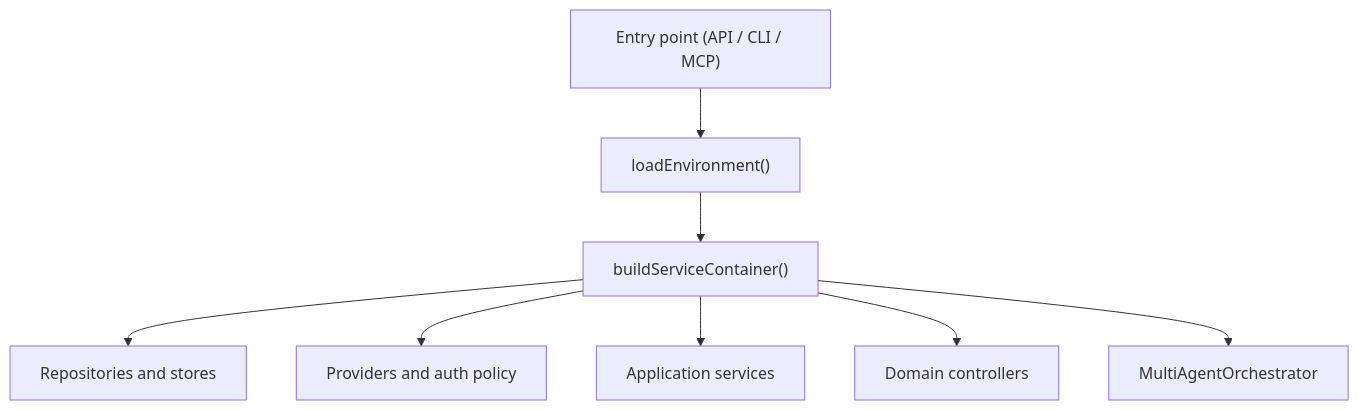
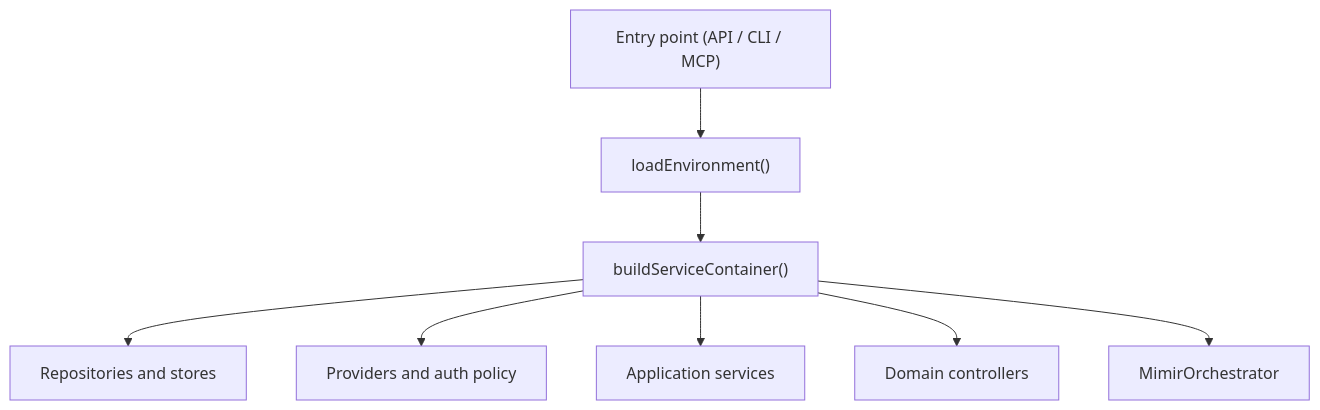
The first of 3 diagrams in documentation/architecture/runtime-flow.md (AndreGejm/MimisBrunnr), drawn with Mermaid before and after one commit. The commit also changed other lines of this file and 202 other files, not shown here.

````diff
--- a/documentation/architecture/runtime-flow.md
+++ b/documentation/architecture/runtime-flow.md
@@ -7,10 +7,10 @@
 ```mermaid
 flowchart TD
   A["Entry point (API / CLI / MCP)"] --> B["loadEnvironment()"]
   B --> C["buildServiceContainer()"]
   C --> D["Repositories and stores"]
   C --> E["Providers and auth policy"]
   C --> F["Application services"]
   C --> G["Domain controllers"]
-  C --> H["MultiAgentOrchestrator"]
+  C --> H["MimirOrchestrator"]
 ```
````
